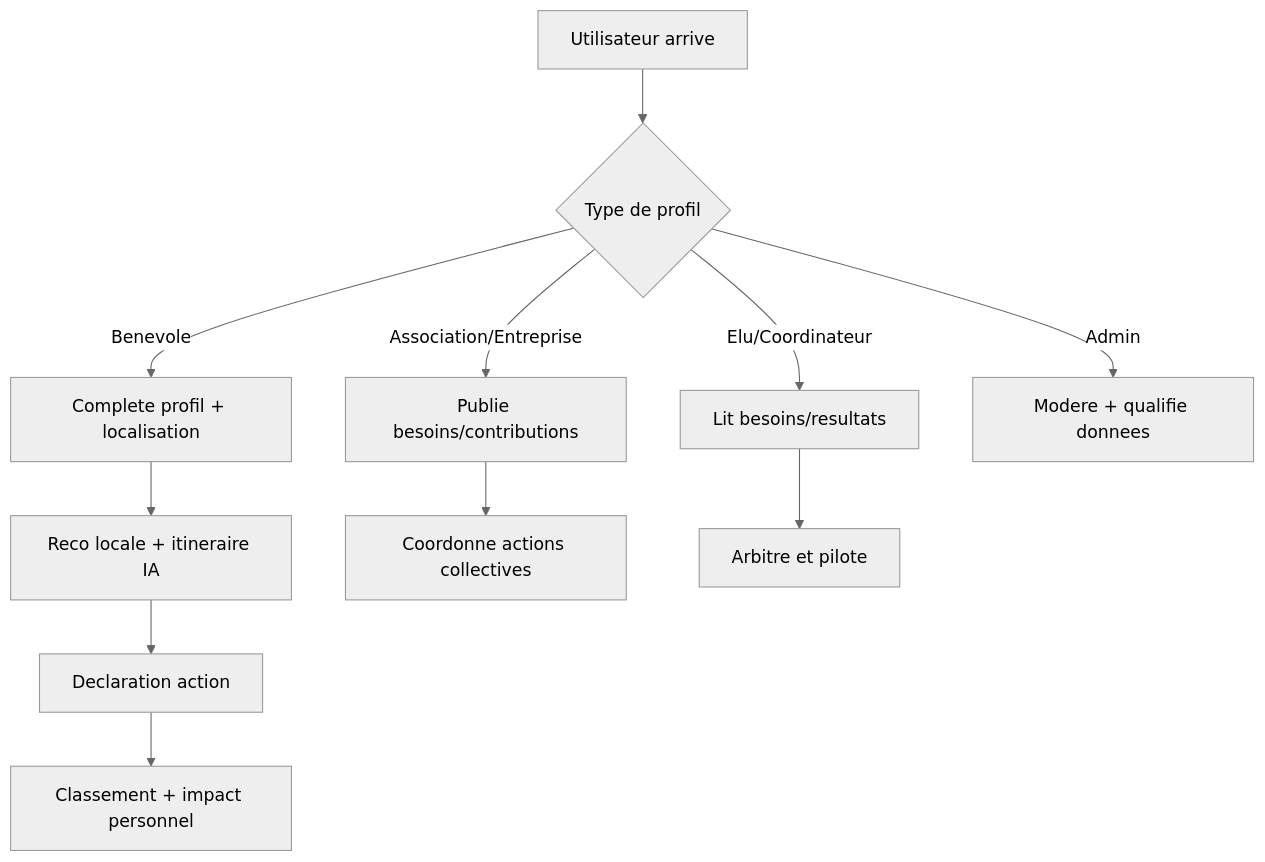
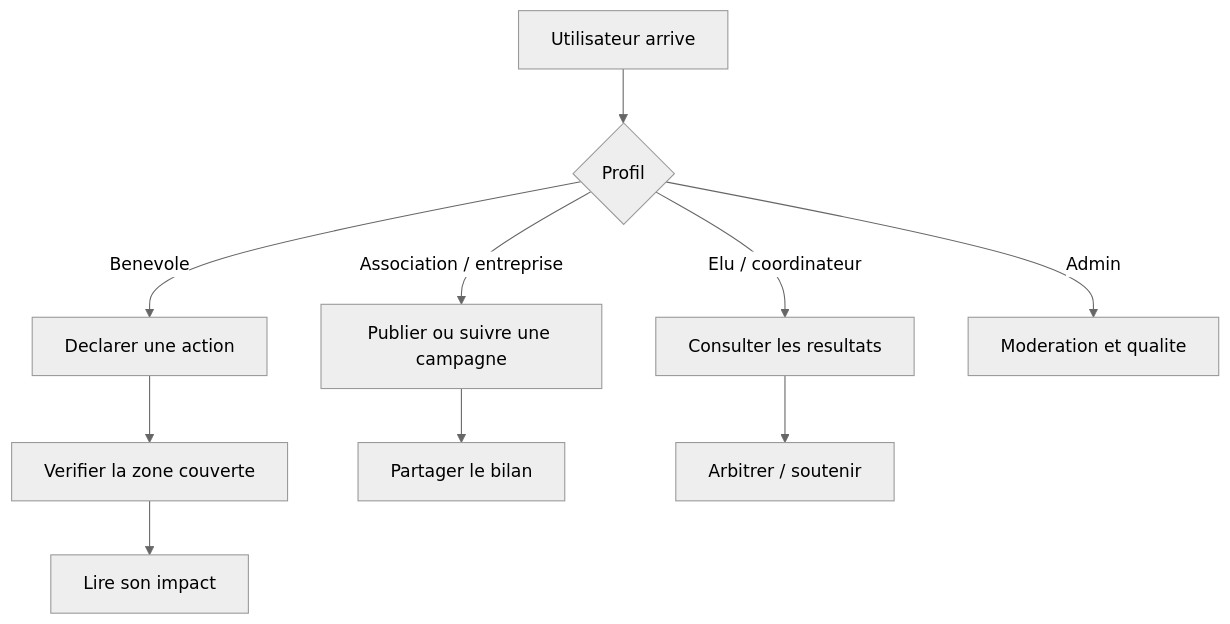
Before and after one commit to maxd4/CleanmyMap: the diagram in documentation/product/parcours-utilisateurs.md, drawn with Mermaid (neutral theme). The commit also changed other lines of this file and 182 other files, not shown here.

````diff
--- a/documentation/product/parcours-utilisateurs.md
+++ b/documentation/product/parcours-utilisateurs.md
@@ -4,13 +5,12 @@
 ```mermaid
 flowchart TD
-  A[Utilisateur arrive] --> B{Type de profil}
-  B -- Benevole --> C[Complete profil + localisation]
-  C --> D[Reco locale + itineraire IA]
-  D --> E[Declaration action]
-  E --> F[Classement + impact personnel]
-  B -- Association/Entreprise --> G[Publie besoins/contributions]
-  G --> H[Coordonne actions collectives]
-  B -- Elu/Coordinateur --> I[Lit besoins/resultats]
-  I --> J[Arbitre et pilote]
-  B -- Admin --> K[Modere + qualifie donnees]
+  A["Utilisateur arrive"] --> B{"Profil"}
+  B -->|Benevole| C["Declarer une action"]
+  C --> D["Verifier la zone couverte"]
+  D --> E["Lire son impact"]
+  B -->|Association / entreprise| F["Publier ou suivre une campagne"]
+  F --> G["Partager le bilan"]
+  B -->|Elu / coordinateur| H["Consulter les resultats"]
+  H --> I["Arbitrer / soutenir"]
+  B -->|Admin| J["Moderation et qualite"]
 ```
````
